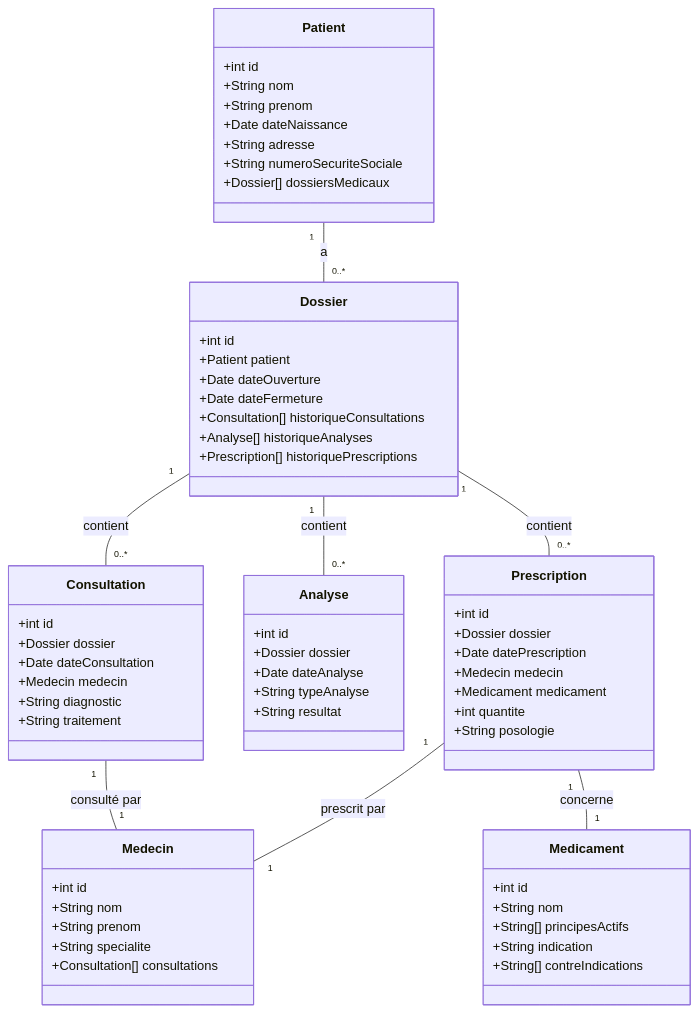
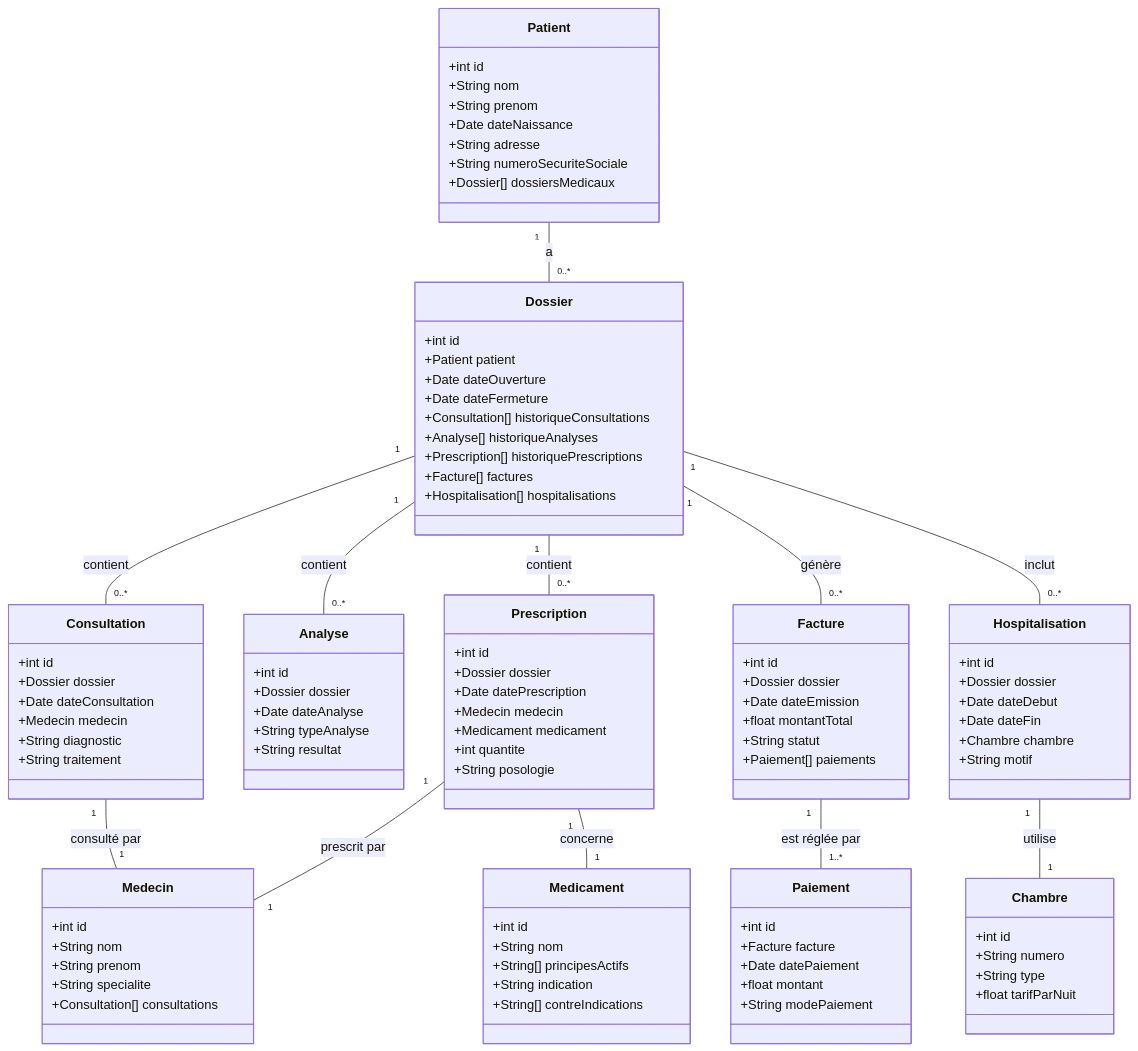
One commit to sanogotech/comptabilitefacile changed the second of 2 diagrams in ArchitectureSI.md. Above: the diagram before and after it, drawn with Mermaid.

````diff
--- a/ArchitectureSI.md
+++ b/ArchitectureSI.md
@@ -50,6 +50,10 @@
     Consultation "1" -- "1" Medecin : consulté par
     Prescription "1" -- "1" Medecin : prescrit par
     Prescription "1" -- "1" Medicament : concerne
+    Dossier "1" -- "0..*" Facture : génère
+    Facture "1" -- "1..*" Paiement : est réglée par
+    Dossier "1" -- "0..*" Hospitalisation : inclut
+    Hospitalisation "1" -- "1" Chambre : utilise
 
     class Patient{
       +int id
@@ -69,6 +73,8 @@
       +Consultation[] historiqueConsultations
       +Analyse[] historiqueAnalyses
       +Prescription[] historiquePrescriptions
+      +Facture[] factures
+      +Hospitalisation[] hospitalisations
     }
 
     class Consultation{
@@ -113,4 +119,38 @@
       +String indication
       +String[] contreIndications
     }
+
+    class Facture{
+      +int id
+      +Dossier dossier
+      +Date dateEmission
+      +float montantTotal
+      +String statut
+      +Paiement[] paiements
+    }
+
+    class Paiement{
+      +int id
+      +Facture facture
+      +Date datePaiement
+      +float montant
+      +String modePaiement
+    }
+
+    class Hospitalisation{
+      +int id
+      +Dossier dossier
+      +Date dateDebut
+      +Date dateFin
+      +Chambre chambre
+      +String motif
+    }
+
+    class Chambre{
+      +int id
+      +String numero
+      +String type
+      +float tarifParNuit
+    }
+
 ```
````
